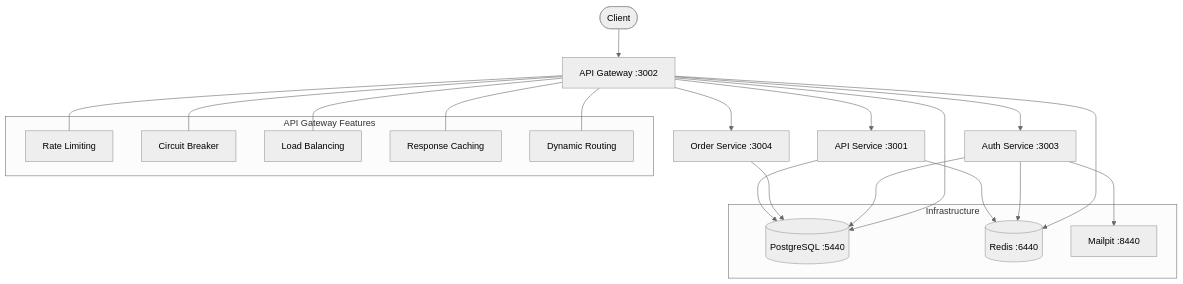
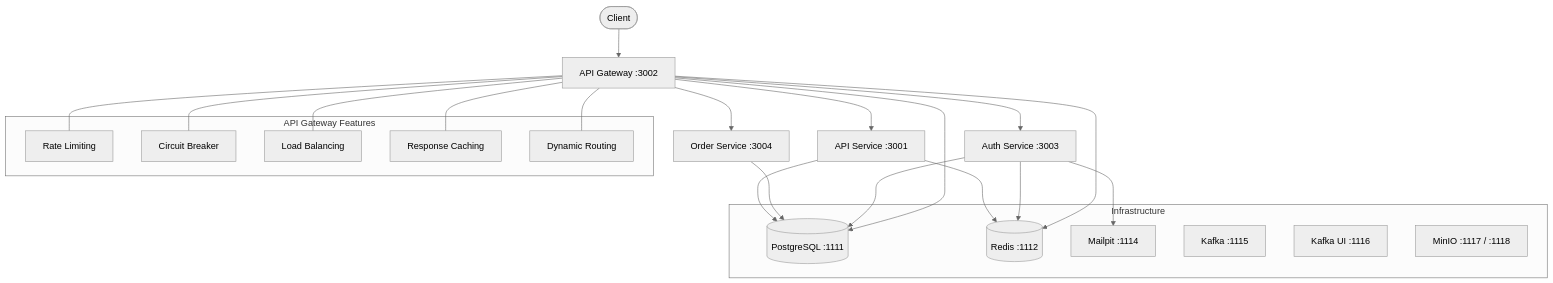
The first of 2 diagrams in README.md (mytoandeptrai/api-gateway-playground), drawn with Mermaid (neutral theme) before and after one commit. The commit also changed other lines of this file and 49 other files, not shown here.

````diff
--- a/README.md
+++ b/README.md
@@ -16,37 +18,40 @@
 ```mermaid
 graph TB
     Client([Client]) --> Gateway[API Gateway :3002]
 
     Gateway --> AuthService[Auth Service :3003]
     Gateway --> OrderService[Order Service :3004]
     Gateway --> ApiService[API Service :3001]
 
     subgraph Infrastructure
-        PG[(PostgreSQL :5440)]
-        Redis[(Redis :6440)]
-        Mailpit[Mailpit :8440]
+        PG[(PostgreSQL :1111)]
+        Redis[(Redis :1112)]
+        Mailpit[Mailpit :1114]
+        Kafka[Kafka :1115]
+        KafkaUI[Kafka UI :1116]
+        MinIO[MinIO :1117 / :1118]
     end
 
     Gateway --> Redis
     Gateway --> PG
     AuthService --> PG
     AuthService --> Redis
     AuthService --> Mailpit
     OrderService --> PG
     ApiService --> PG
     ApiService --> Redis
 
     subgraph "API Gateway Features"
         RateLimit[Rate Limiting]
         CircuitBreaker[Circuit Breaker]
         LoadBalancer[Load Balancing]
         Cache[Response Caching]
         DynamicRouting[Dynamic Routing]
     end
 
     Gateway --- RateLimit
     Gateway --- CircuitBreaker
     Gateway --- LoadBalancer
     Gateway --- Cache
     Gateway --- DynamicRouting
 ```
````
